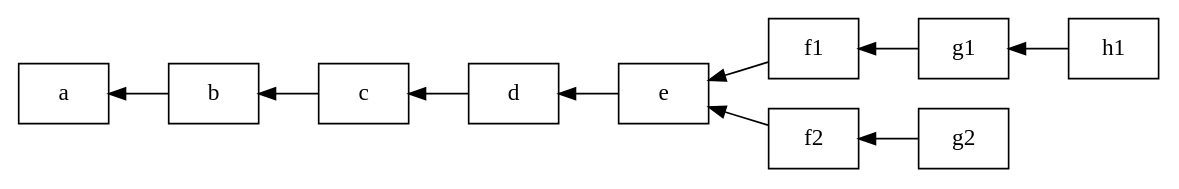
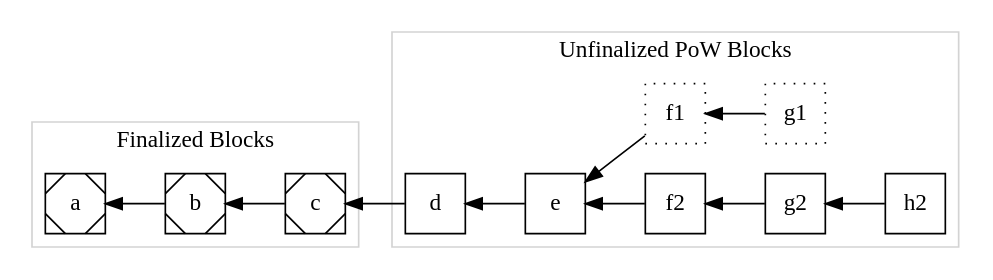
One commit to Electric-Coin-Company/tfl-book changed the diagram in src/diagrams/valid-local-view.dot. Above: the diagram before and after it, drawn with Graphviz.

Commit message:
Improve the diagram substantially.

```diff
--- a/src/diagrams/valid-local-view.dot
+++ b/src/diagrams/valid-local-view.dot
@@ -1,21 +1,33 @@
 digraph ValidLocalView {
-    node [ shape=box ];
-    rankdir = RL;
-    
-    # Simple finalized prefix:
-    c -> b
-    b -> a
+    rankdir = RL
+    color = "lightgrey"
 
-    # unforked PoW suffix:
-    d -> c
-    e -> d
+    subgraph cluster_pow {
+        label = "Unfinalized PoW Blocks"
+        node [ shape=square ]
 
-    # forked PoW suffix 1:
-    h1 -> g1
-    g1 -> f1
-    f1 -> e
+        # unforked PoW suffix:
+        e -> d
 
-    # forked PoW suffix 2:
-    g2 -> f2
-    f2 -> e
+        subgraph rollback_branch {
+            node [ style = "dotted" ]
+            g1 -> f1
+            f1 -> e
+        }
+
+        subgraph winning_branch {
+            h2 -> g2
+            g2 -> f2
+            f2 -> e
+        }
+    }
+
+    subgraph cluster_final {
+        label = "Finalized Blocks"
+        node [ shape=Msquare ]
+
+        d -> c
+        c -> b
+        b -> a
+    }
 }
```
